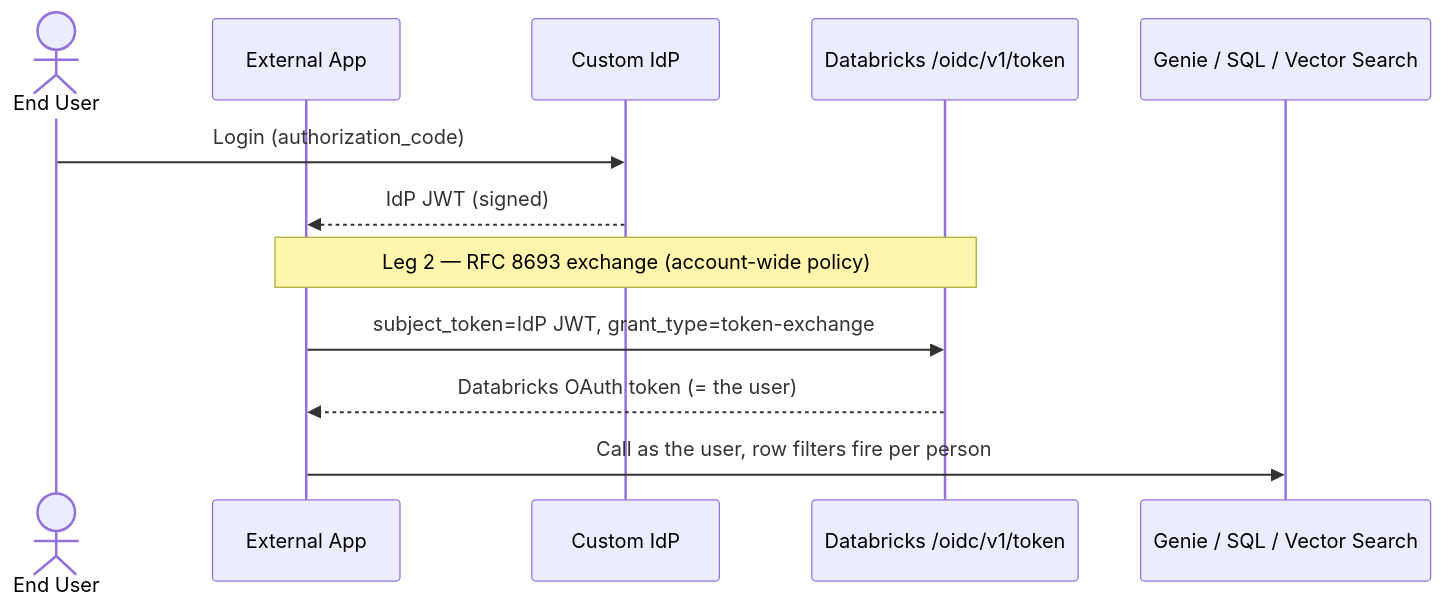
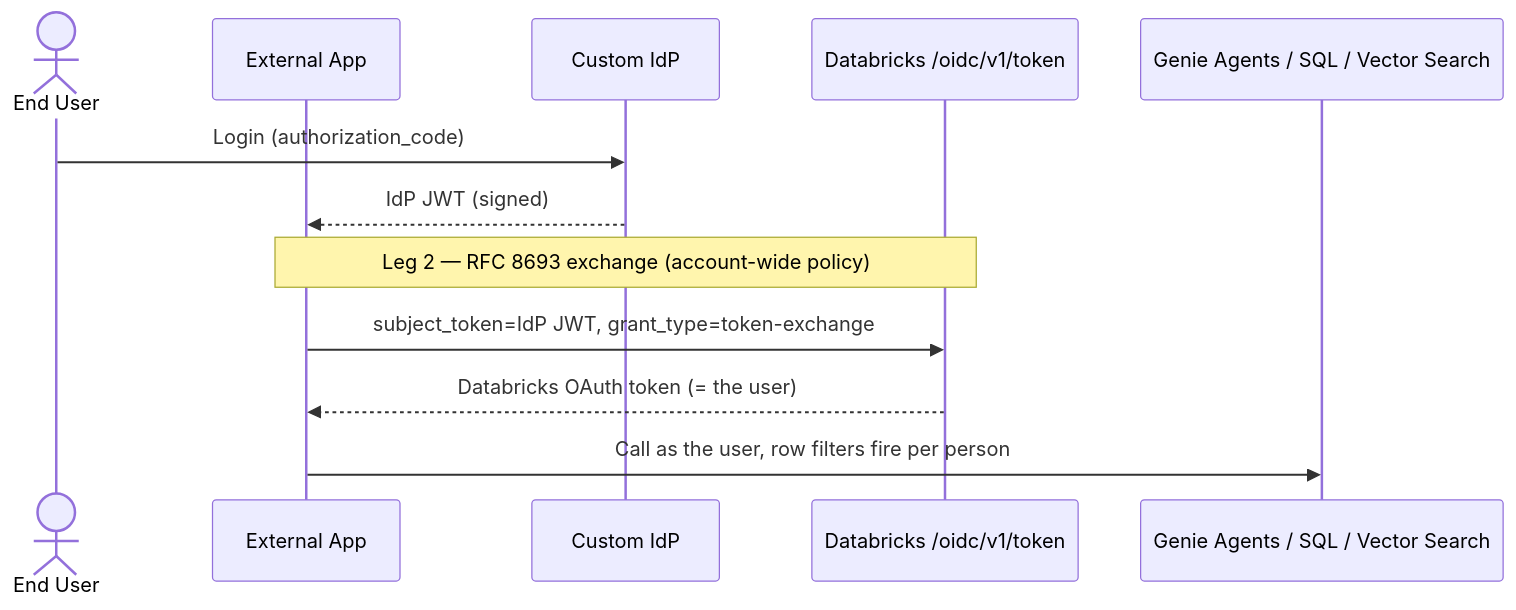
One commit to bhavink/applied-ai-governance changed the diagram in identity/byoidp-peruser-federation.md. Above: the diagram before and after it, drawn with Mermaid. The commit also changed other lines of this file and 37 other files, not shown here.

First line of the commit message:
docs: rename Genie Spaces/Genie to Genie Agents per product naming

````diff
--- a/identity/byoidp-peruser-federation.md
+++ b/identity/byoidp-peruser-federation.md
@@ -41,15 +41,15 @@
 ```mermaid
 sequenceDiagram
     actor User as End User
     participant App as External App
     participant IdP as Custom IdP
     participant DBX as Databricks /oidc/v1/token
-    participant API as Genie / SQL / Vector Search
+    participant API as Genie Agents / SQL / Vector Search
 
     User->>IdP: Login (authorization_code)
     IdP-->>App: IdP JWT (signed)
     Note over App,DBX: Leg 2 — RFC 8693 exchange (account-wide policy)
     App->>DBX: subject_token=IdP JWT, grant_type=token-exchange
     DBX-->>App: Databricks OAuth token (= the user)
     App->>API: Call as the user, row filters fire per person
 ```
````
